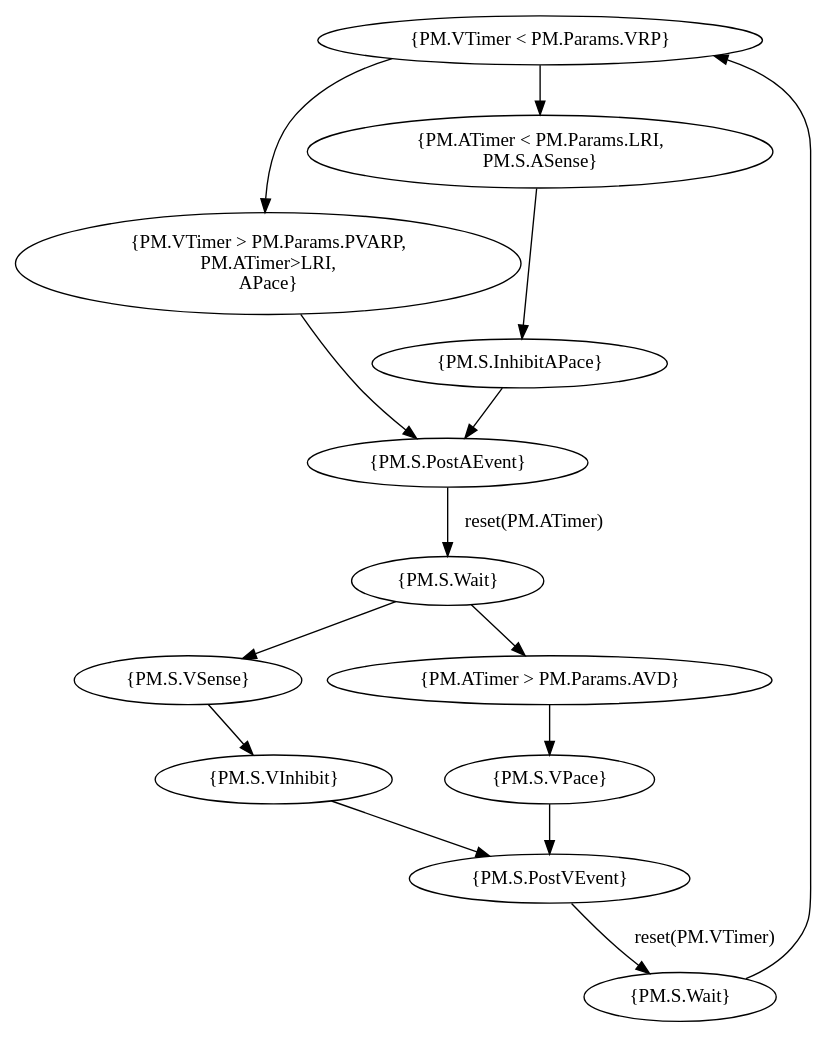
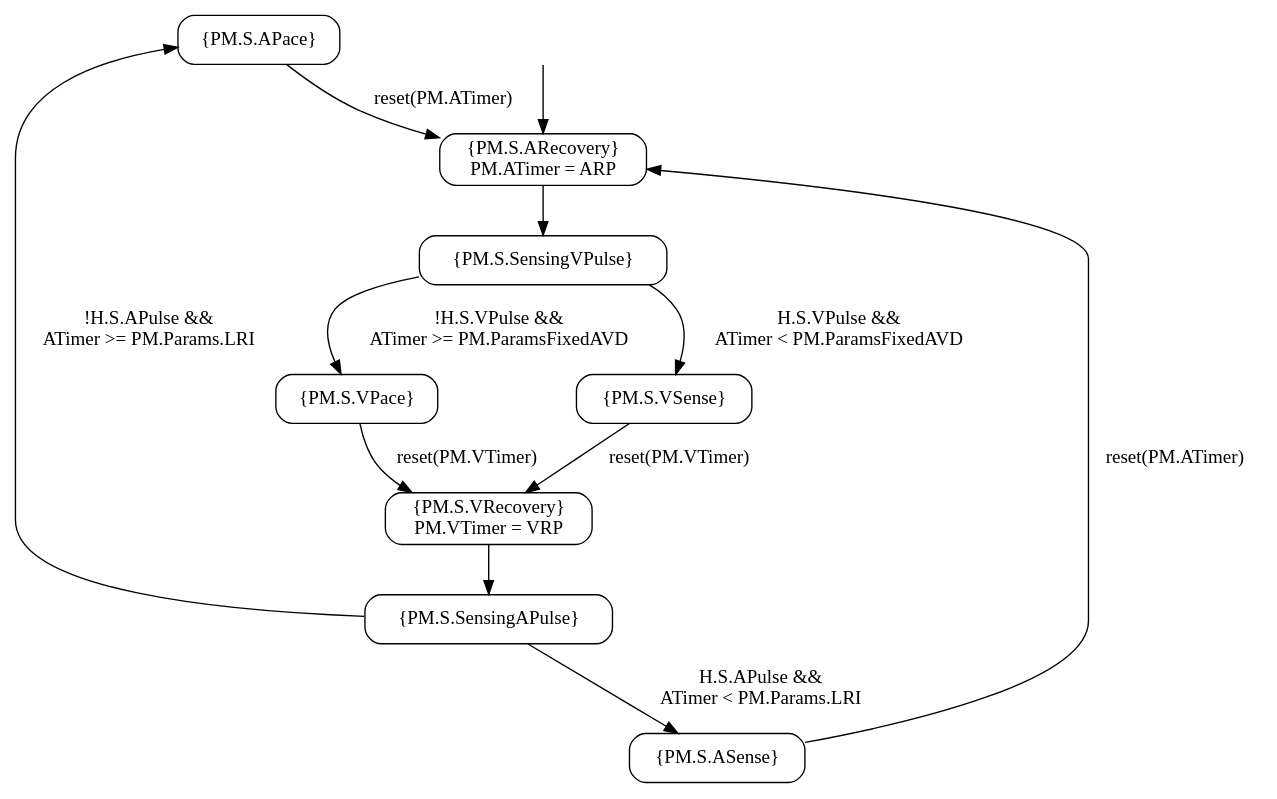
The diagram in pacemaker-case-study/pacemaker-model/Modes/ddi.dot (juodaspaulius/BehavioralClafer), drawn with Graphviz before and after one commit. The commit also changed 13 other files, not shown here.

```diff
--- a/pacemaker-case-study/pacemaker-model/Modes/ddi.dot
+++ b/pacemaker-case-study/pacemaker-model/Modes/ddi.dot
@@ -1,29 +1,31 @@
 digraph{
-  1 [label="{PM.VTimer < PM.Params.VRP}"];
-  2 [label="{PM.VTimer > PM.Params.PVARP,\n PM.ATimer>LRI,\n APace}"];
-  3 [label="{PM.S.PostAEvent}"];
-  4 [label="{PM.ATimer < PM.Params.LRI,\n PM.S.ASense}"];
-  5 [label="{PM.S.InhibitAPace}"];
-  6 [label="{PM.S.VSense}"];
-  7 [label="{PM.S.VInhibit}"];
-  8 [label="{PM.S.PostVEvent}"];
-  9 [label="{PM.ATimer > PM.Params.AVD}"];
-  10 [label="{PM.S.VPace}"];
-  11 [label="{PM.S.Wait}"];
-  12 [label="{PM.S.Wait}"];
+  splines=true;
+  sep="+25,25";
+overlap=scalexy;
+nodesep=0.6;
+	node [style=rounded shape=box];
 
-  1->2;
-  2->3;
-  1->4;
-  4->5;
-  5->3;
-  3->12 [label="reset(PM.ATimer)"];
-  12->6;
-  6->7;
-  7->8;
-  8->11  [label="reset(PM.VTimer)"];
-  11->1;
-  12->9;
-  9->10;
-  10->8;
+1 [label="{PM.S.APace}"];
+2 [label="{PM.S.ARecovery}\n PM.ATimer = ARP"];
+4 [label="{PM.S.ASense}"]
+5 [label="{PM.S.SensingVPulse}"];
+6 [label="{PM.S.VSense}"]
+7 [label="{PM.S.VPace}"]
+8 [label="{PM.S.VRecovery}\n PM.VTimer = VRP"]
+9 [label="{PM.S.SensingAPulse}"];
+
+ hidden [style=invis];
+
+  hidden -> 2;
+
+  1->2 [label="reset(PM.ATimer)"];
+  2->5;
+  4->2 [label="reset(PM.ATimer)"];
+  5->6 [label="H.S.VPulse && \n ATimer < PM.ParamsFixedAVD"];
+  5->7 [label="!H.S.VPulse && \n ATimer >= PM.ParamsFixedAVD"];
+  6->8 [label="reset(PM.VTimer)"];
+  7->8 [label="reset(PM.VTimer)"];
+  8 -> 9;
+  9 -> 1 [label="!H.S.APulse &&\nATimer >= PM.Params.LRI"];
+  9 -> 4 [label="H.S.APulse &&\nATimer < PM.Params.LRI"];
 }
```
